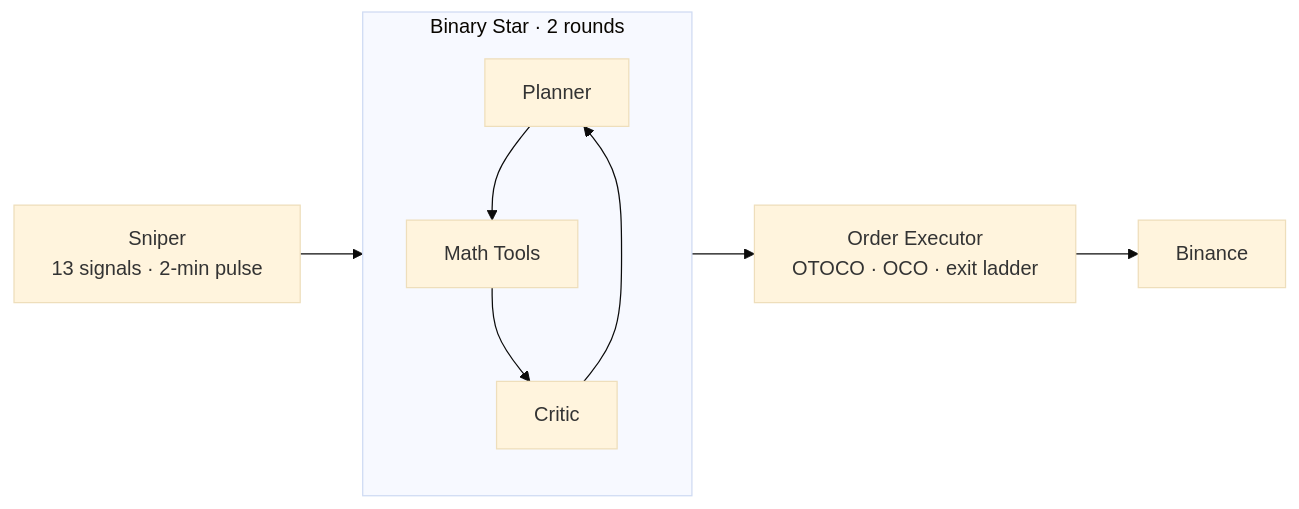
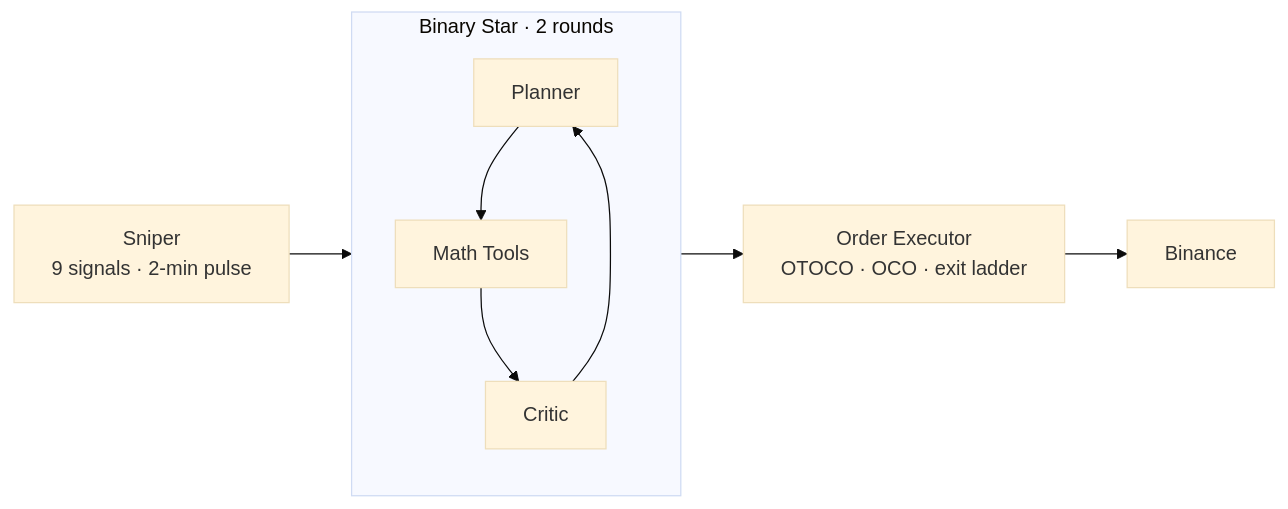
The second of 3 diagrams in README.md (jiangyang5157/binary-star), drawn with Mermaid (base theme) before and after one commit. The commit also changed other lines of this file, not shown here.

Commit message:
docs: update README Sniper section for 9-signal stack
Architecture diagram: 13→9 signals. Section text: 13→9 signals,
correct effective chaos threshold 0.53→0.51.

````diff
--- a/README.md
+++ b/README.md
@@ -52,15 +52,15 @@
 ```mermaid
 graph LR
     subgraph Debate["Binary Star · 2 rounds"]
         Planner["Planner"]
         Critic["Critic"]
         Math["Math Tools"]
         Planner --> Math
         Math --> Critic
         Critic --> Planner
     end
 
-    Sniper["Sniper<br/>13 signals · 2-min pulse"] --> Debate
+    Sniper["Sniper<br/>9 signals · 2-min pulse"] --> Debate
     Debate --> Executor["Order Executor<br/>OTOCO · OCO · exit ladder"]
     Executor --> Binance["Binance"]
 ```
````
